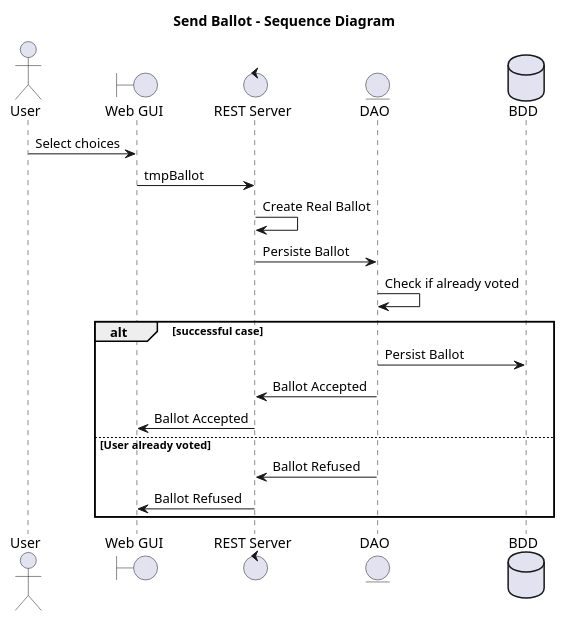
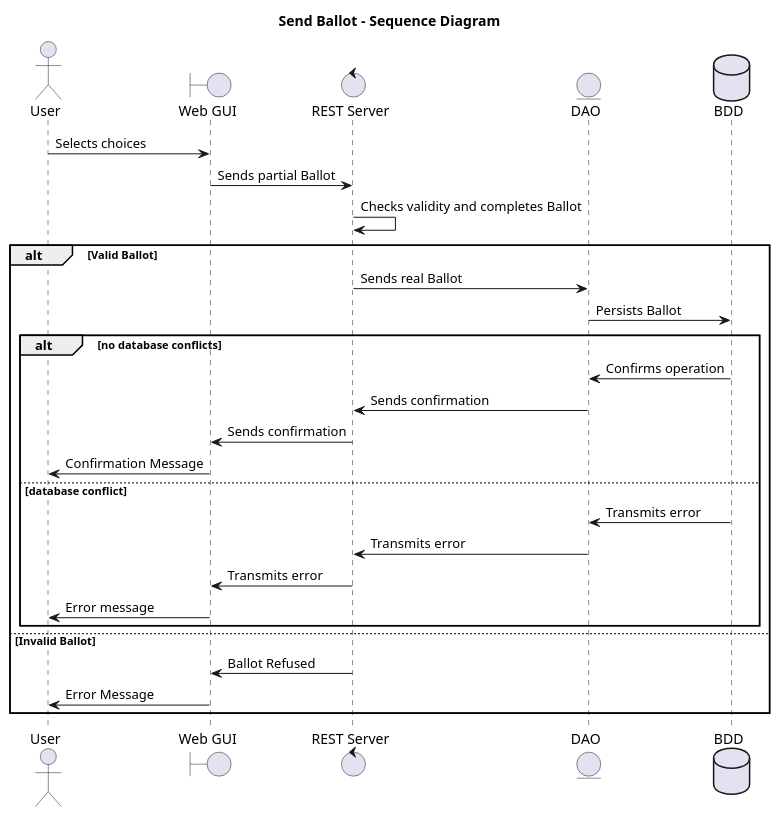
The diagram in UML/Send Ballot - Sequence Diagram.iuml (dptinfoutln/MapareVote), drawn with PlantUML before and after one commit.

Commit message:
Update Send Ballot - Sequence Diagram.iuml

```diff
--- a/UML/Send Ballot - Sequence Diagram.iuml
+++ b/UML/Send Ballot - Sequence Diagram.iuml
@@ -1,28 +1,37 @@
 @startuml
 title "Send Ballot - Sequence Diagram"
 
 actor User
 boundary "Web GUI" as GUI
 control "REST Server" as RS
 entity DAO
 database "BDD"
 
-User -> GUI : Select choices
-GUI -> RS : tmpBallot
-RS -> RS : Create Real Ballot
-RS -> DAO : Persiste Ballot
-DAO -> DAO : Check if already voted
+User -> GUI: Selects choices
+GUI -> RS: Sends partial Ballot
+RS -> RS: Checks validity and completes Ballot
 
-alt successful case
 
-    DAO -> BDD : Persist Ballot
-    DAO -> RS: Ballot Accepted
-    RS -> GUI: Ballot Accepted
+alt Valid Ballot
 
-else User already voted
+    RS -> DAO: Sends real Ballot
+    DAO -> BDD: Persists Ballot
+    alt no database conflicts
+        BDD -> DAO: Confirms operation
+        DAO -> RS: Sends confirmation
+        RS -> GUI: Sends confirmation
+        GUI -> User: Confirmation Message
+    else database conflict
+        BDD -> DAO: Transmits error
+        DAO -> RS: Transmits error
+        RS -> GUI: Transmits error
+        GUI -> User: Error message
+    end
 
-    DAO -> RS: Ballot Refused
+else Invalid Ballot
+
     RS -> GUI: Ballot Refused
+    GUI -> User: Error Message
 
 end
 @enduml
```
